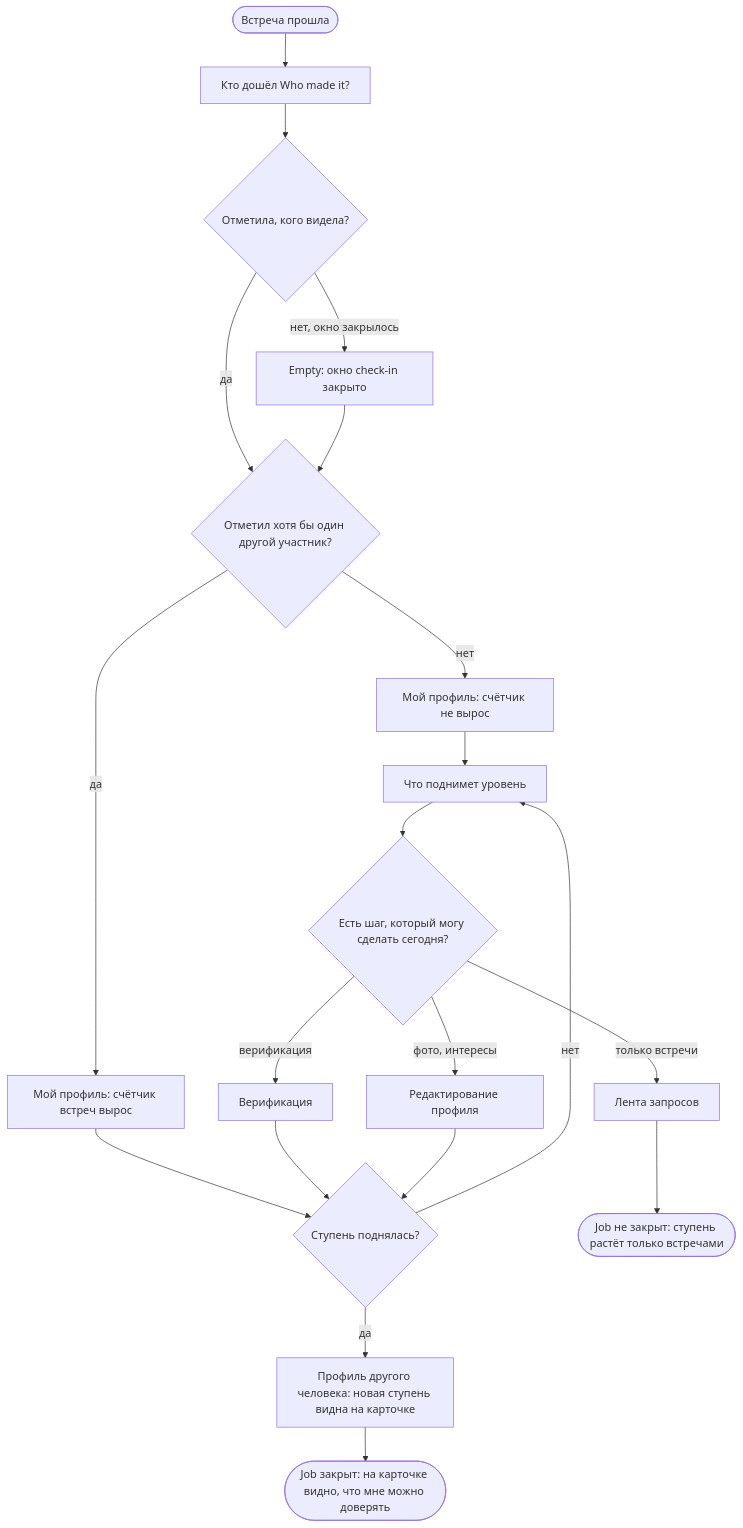
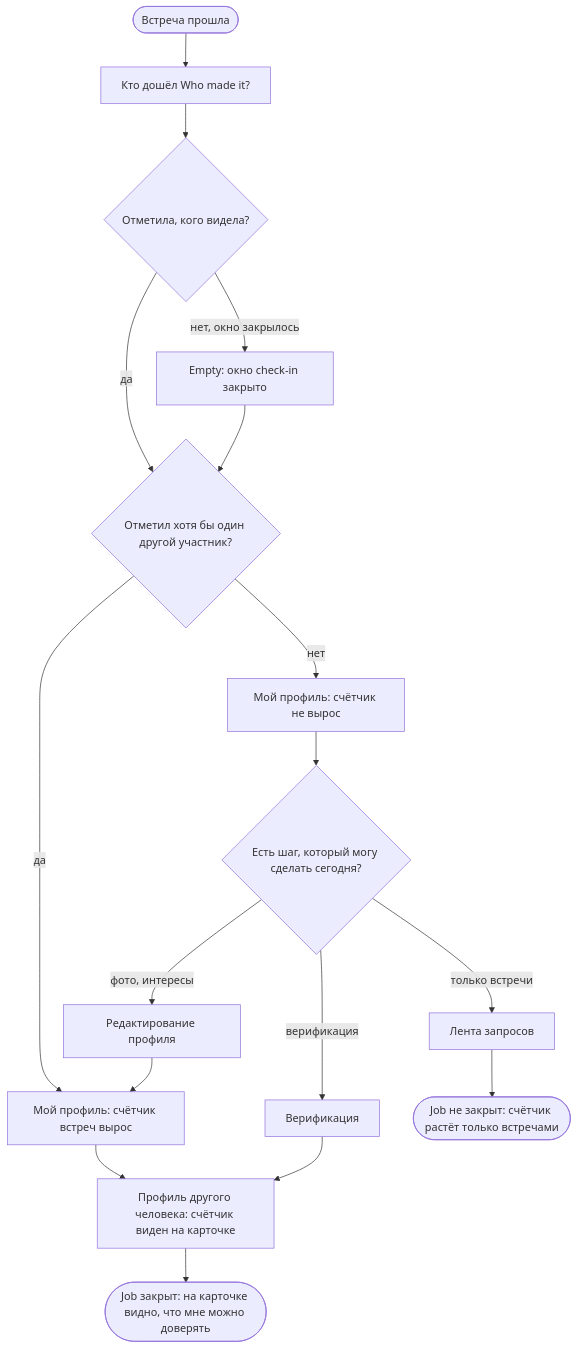
The seventh of 7 diagrams in flows.md (yulyaklim16-spec/meetmates), drawn with Mermaid before and after one commit. The commit also changed other lines of this file and 17 other files, not shown here.

````diff
--- a/flows.md
+++ b/flows.md
@@ -885,22 +882,19 @@
 ```mermaid
 flowchart TD
     Start([Встреча прошла]) --> WhoMade[Кто дошёл Who made it?]
     WhoMade --> Filled{Отметила, кого видела?}
     Filled -->|да| Counted{Отметил хотя бы один другой участник?}
     Filled -->|нет, окно закрылось| Closed["Empty: окно check-in закрыто"]
     Closed --> Counted
     Counted -->|нет| NotCounted["Мой профиль: счётчик не вырос"]
-    NotCounted --> Boost[Что поднимет уровень]
+    NotCounted --> Steps{Есть шаг, который могу сделать сегодня?}
     Counted -->|да| Grew["Мой профиль: счётчик встреч вырос"]
-    Grew --> Tier{Ступень поднялась?}
-    Tier -->|нет| Boost
-    Tier -->|да| Card["Профиль другого человека: новая ступень видна на карточке"]
-    Boost --> Steps{Есть шаг, который могу сделать сегодня?}
+    Grew --> Card["Профиль другого человека: счётчик виден на карточке"]
     Steps -->|верификация| Verify[Верификация]
     Steps -->|фото, интересы| Edit[Редактирование профиля]
     Steps -->|только встречи| Feed[Лента запросов]
-    Verify --> Tier
-    Edit --> Tier
-    Feed --> Later(["Job не закрыт: ступень растёт только встречами"])
+    Verify --> Card
+    Edit --> Grew
+    Feed --> Later(["Job не закрыт: счётчик растёт только встречами"])
     Card --> Win(["Job закрыт: на карточке видно, что мне можно доверять"])
 ```
````
